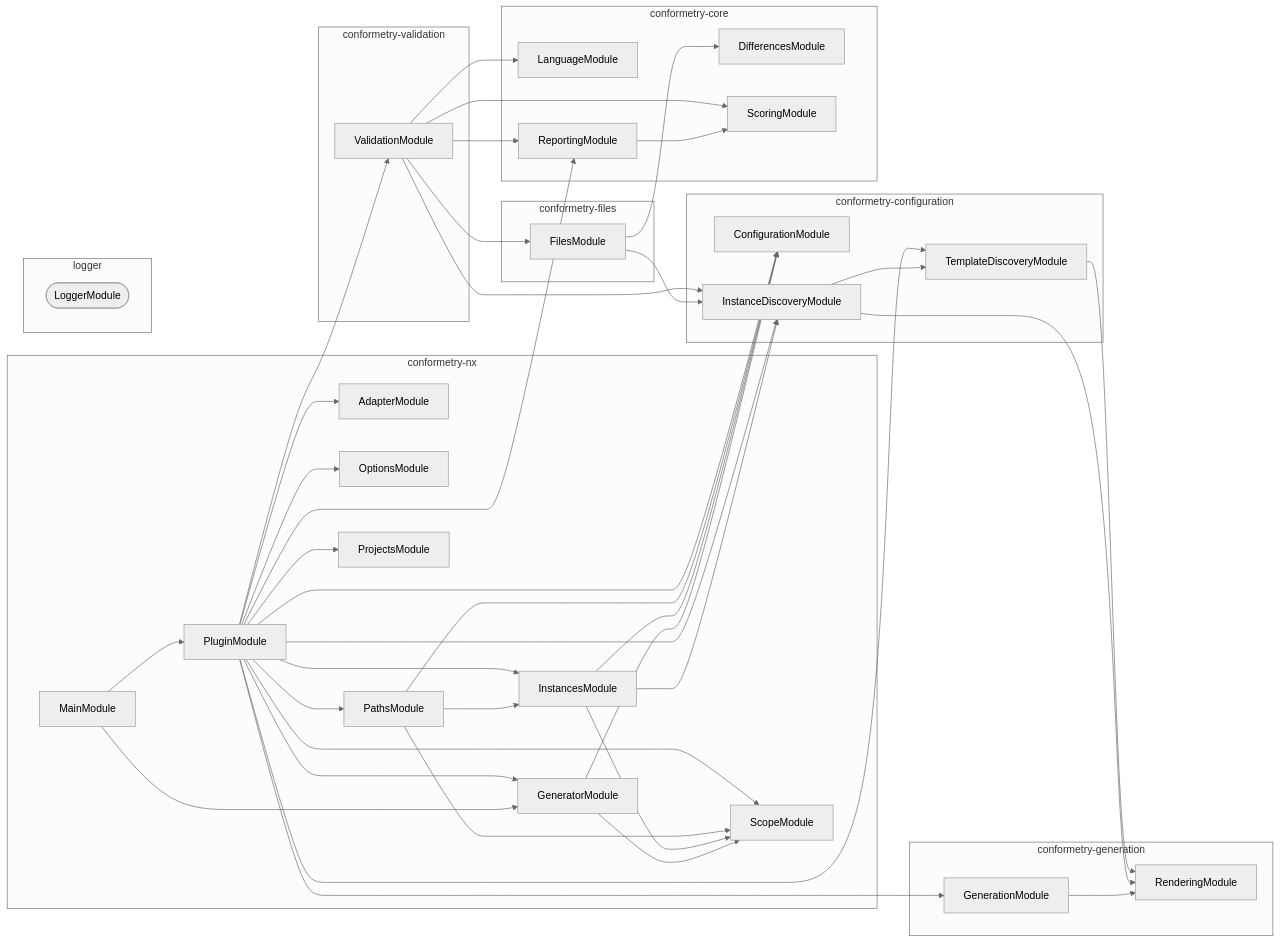
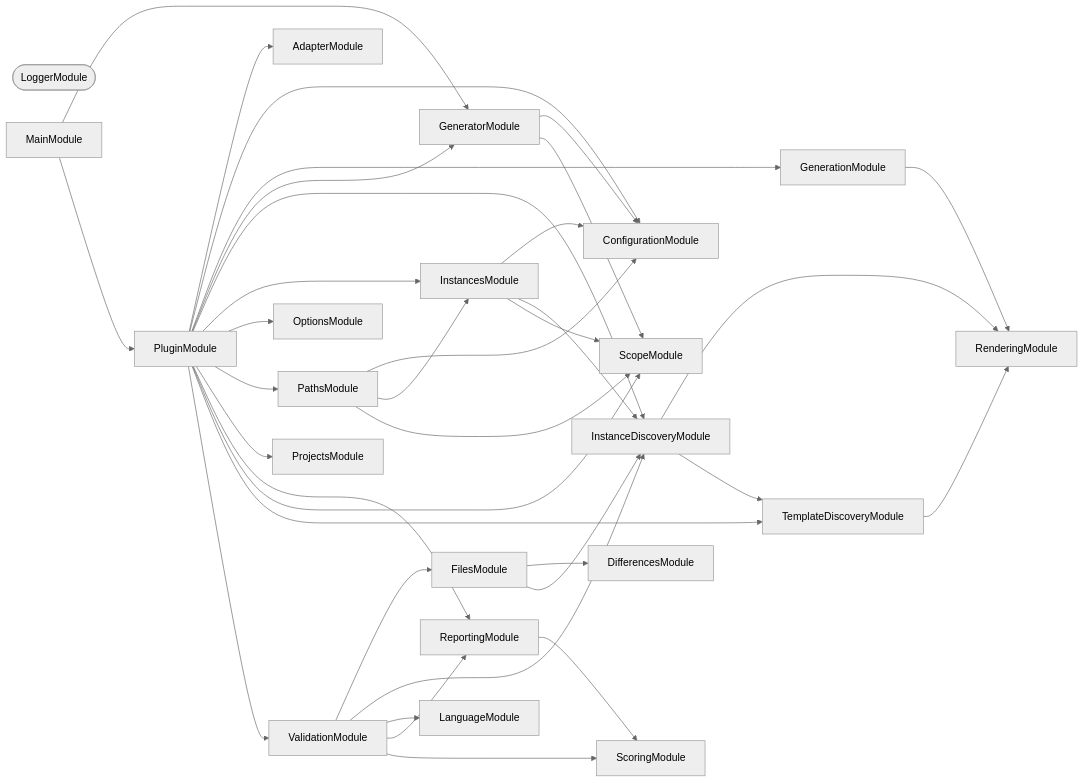
Before and after one commit to JimmyPaolini/codebase: the second of 3 diagrams in packages/conformetry-nx/README.md, drawn with Mermaid (neutral theme). The commit also changed other lines of this file and 241 other files, not shown here.

First line of the commit message:
feat(codependix,synchronization,deployments,documentation,codebase): ✨ add the codependix dependency-graph export suite (#335)

````diff
--- a/packages/conformetry-nx/README.md
+++ b/packages/conformetry-nx/README.md
@@ -158,73 +418,59 @@
 ```mermaid
 flowchart LR
-  subgraph group0["conformetry-nx"]
-    AdapterModule
-    GeneratorModule
-    InstancesModule
-    MainModule
-    OptionsModule
-    PathsModule
-    PluginModule
-    ProjectsModule
-    ScopeModule
-  end
-  subgraph group1["conformetry-configuration"]
-    ConfigurationModule
-    InstanceDiscoveryModule
-    TemplateDiscoveryModule
-  end
-  subgraph group2["conformetry-core"]
-    DifferencesModule
-    LanguageModule
-    ReportingModule
-    ScoringModule
-  end
-  subgraph group3["conformetry-files"]
-    FilesModule
-  end
-  subgraph group4["conformetry-generation"]
-    GenerationModule
-    RenderingModule
-  end
-  subgraph group5["conformetry-validation"]
-    ValidationModule
-  end
-  subgraph group6["logger"]
-    LoggerModule([LoggerModule])
-  end
+  AdapterModule
+  ConfigurationModule
+  DifferencesModule
+  FilesModule
+  GenerationModule
+  GeneratorModule
+  InstanceDiscoveryModule
+  InstancesModule
+  LanguageModule
+  LoggerModule([LoggerModule])
+  MainModule
+  OptionsModule
+  PathsModule
+  PluginModule
+  ProjectsModule
+  RenderingModule
+  ReportingModule
+  ScopeModule
+  ScoringModule
+  TemplateDiscoveryModule
+  ValidationModule
   FilesModule --> DifferencesModule
   FilesModule --> InstanceDiscoveryModule
   GenerationModule --> RenderingModule
   GeneratorModule --> ConfigurationModule
   GeneratorModule --> ScopeModule
   InstanceDiscoveryModule --> RenderingModule
   InstanceDiscoveryModule --> TemplateDiscoveryModule
   InstancesModule --> ConfigurationModule
   InstancesModule --> InstanceDiscoveryModule
   InstancesModule --> ScopeModule
   MainModule --> GeneratorModule
   MainModule --> PluginModule
   PathsModule --> ConfigurationModule
   PathsModule --> InstancesModule
   PathsModule --> ScopeModule
   PluginModule --> AdapterModule
   PluginModule --> ConfigurationModule
   PluginModule --> GenerationModule
   PluginModule --> GeneratorModule
   PluginModule --> InstanceDiscoveryModule
   PluginModule --> InstancesModule
   PluginModule --> OptionsModule
   PluginModule --> PathsModule
   PluginModule --> ProjectsModule
   PluginModule --> ReportingModule
   PluginModule --> ScopeModule
   PluginModule --> TemplateDiscoveryModule
   PluginModule --> ValidationModule
   ReportingModule --> ScoringModule
   TemplateDiscoveryModule --> RenderingModule
   ValidationModule --> FilesModule
   ValidationModule --> InstanceDiscoveryModule
   ValidationModule --> LanguageModule
   ValidationModule --> ReportingModule
   ValidationModule --> ScoringModule
 ```
````
